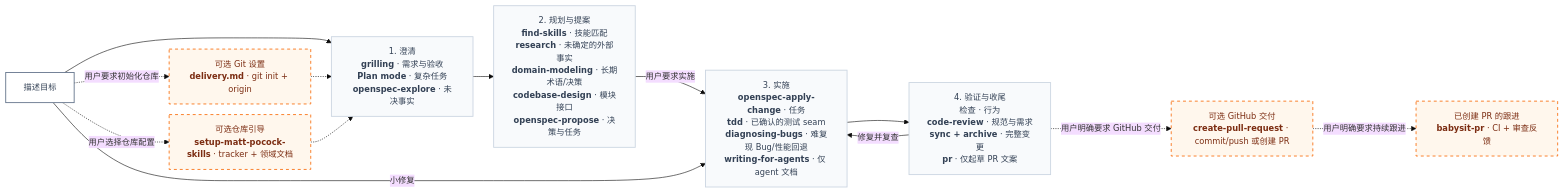
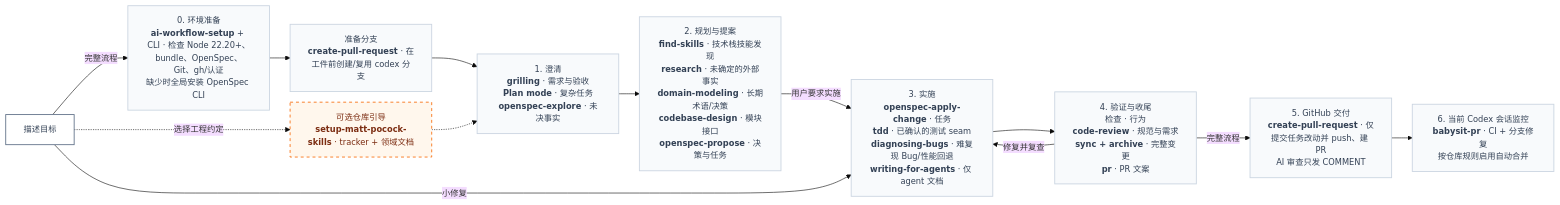
Before and after one commit to shuaibilx/AI-workflow-coding: the first of 2 diagrams in README.zh-CN.md, drawn with Mermaid. The commit also changed other lines of this file and 68 other files, not shown here.

Commit message:
feat: bundle workflow skills and GitHub delivery

````diff
--- a/README.zh-CN.md
+++ b/README.zh-CN.md
@@ -33,19 +33,19 @@
 ```mermaid
 %%{init: {"theme":"base","themeVariables":{"fontSize":"14px"},"flowchart":{"nodeSpacing":18,"rankSpacing":35,"wrappingWidth":180}}}%%
 flowchart LR
-    G[描述目标]:::start --> C["1. 澄清<br/><span style='color:#174ea6'><b>grilling</b></span> · 需求与验收<br/><span style='color:#174ea6'><b>Plan mode</b></span> · 复杂任务<br/><span style='color:#174ea6'><b>openspec-explore</b></span> · 未决事实"]:::stage
-    C --> P["2. 规划与提案<br/><span style='color:#174ea6'><b>find-skills</b></span> · 技能匹配<br/><span style='color:#174ea6'><b>research</b></span> · 未确定的外部事实<br/><span style='color:#174ea6'><b>domain-modeling</b></span> · 长期术语/决策<br/><span style='color:#174ea6'><b>codebase-design</b></span> · 模块接口<br/><span style='color:#174ea6'><b>openspec-propose</b></span> · 决策与任务"]:::stage
+    G[描述目标]:::start -->|完整流程| S["0. 环境准备<br/><span style='color:#174ea6'><b>ai-workflow-setup</b></span> + CLI · 检查 Node 22.20+、bundle、OpenSpec、Git、gh/认证<br/>缺少时全局安装 OpenSpec CLI"]:::stage
+    S --> B["准备分支<br/><span style='color:#174ea6'><b>create-pull-request</b></span> · 在工件前创建/复用 codex 分支"]:::stage
+    B --> C["1. 澄清<br/><span style='color:#174ea6'><b>grilling</b></span> · 需求与验收<br/><span style='color:#174ea6'><b>Plan mode</b></span> · 复杂任务<br/><span style='color:#174ea6'><b>openspec-explore</b></span> · 未决事实"]:::stage
+    C --> P["2. 规划与提案<br/><span style='color:#174ea6'><b>find-skills</b></span> · 技术栈技能发现<br/><span style='color:#174ea6'><b>research</b></span> · 未确定的外部事实<br/><span style='color:#174ea6'><b>domain-modeling</b></span> · 长期术语/决策<br/><span style='color:#174ea6'><b>codebase-design</b></span> · 模块接口<br/><span style='color:#174ea6'><b>openspec-propose</b></span> · 决策与任务"]:::stage
     P -->|用户要求实施| I["3. 实施<br/><span style='color:#174ea6'><b>openspec-apply-change</b></span> · 任务<br/><span style='color:#174ea6'><b>tdd</b></span> · 已确认的测试 seam<br/><span style='color:#174ea6'><b>diagnosing-bugs</b></span> · 难复现 Bug/性能回退<br/><span style='color:#174ea6'><b>writing-for-agents</b></span> · 仅 agent 文档"]:::stage
-    I --> V["4. 验证与收尾<br/>检查 · 行为<br/><span style='color:#174ea6'><b>code-review</b></span> · 规范与需求<br/><span style='color:#174ea6'><b>sync + archive</b></span> · 完整变更<br/><span style='color:#174ea6'><b>pr</b></span> · 仅起草 PR 文案"]:::stage
+    I --> V["4. 验证与收尾<br/>检查 · 行为<br/><span style='color:#174ea6'><b>code-review</b></span> · 规范与需求<br/><span style='color:#174ea6'><b>sync + archive</b></span> · 完整变更<br/><span style='color:#174ea6'><b>pr</b></span> · PR 文案"]:::stage
     G -->|小修复| I
     V -->|修复并复查| I
-    G -.->|用户要求初始化仓库| R["可选 Git 设置<br/><span style='color:#174ea6'><b>delivery.md</b></span> · git init + origin"]:::optional
+    V -->|完整流程| D["5. GitHub 交付<br/><span style='color:#174ea6'><b>create-pull-request</b></span> · 仅提交任务改动并 push、建 PR<br/>AI 审查只发 COMMENT"]:::stage
+    D --> M["6. 当前 Codex 会话监控<br/><span style='color:#174ea6'><b>babysit-pr</b></span> · CI + 分支修复<br/>按仓库规则启用自动合并"]:::stage
+    G -.->|选择工程约定| R["可选仓库引导<br/><span style='color:#174ea6'><b>setup-matt-pocock-skills</b></span> · tracker + 领域文档"]:::optional
     R -.-> C
-    V -.->|用户明确要求 GitHub 交付| D["可选 GitHub 交付<br/><span style='color:#174ea6'><b>create-pull-request</b></span> · commit/push 或创建 PR"]:::optional
-    D -.->|用户明确要求持续跟进| M["已创建 PR 的跟进<br/><span style='color:#174ea6'><b>babysit-pr</b></span> · CI + 审查反馈"]:::optional
-    G -.->|用户选择仓库配置| S["可选仓库引导<br/><span style='color:#174ea6'><b>setup-matt-pocock-skills</b></span> · tracker + 领域文档"]:::optional
-    S -.-> C
     classDef start fill:#ffffff,stroke:#64748b,color:#334155,stroke-width:1.5px
     classDef stage fill:#f8fafc,stroke:#cbd5e1,color:#334155,stroke-width:1.5px
     classDef optional fill:#fff7ed,stroke:#f97316,color:#7c2d12,stroke-width:1.5px,stroke-dasharray:5 5
 ```
````
